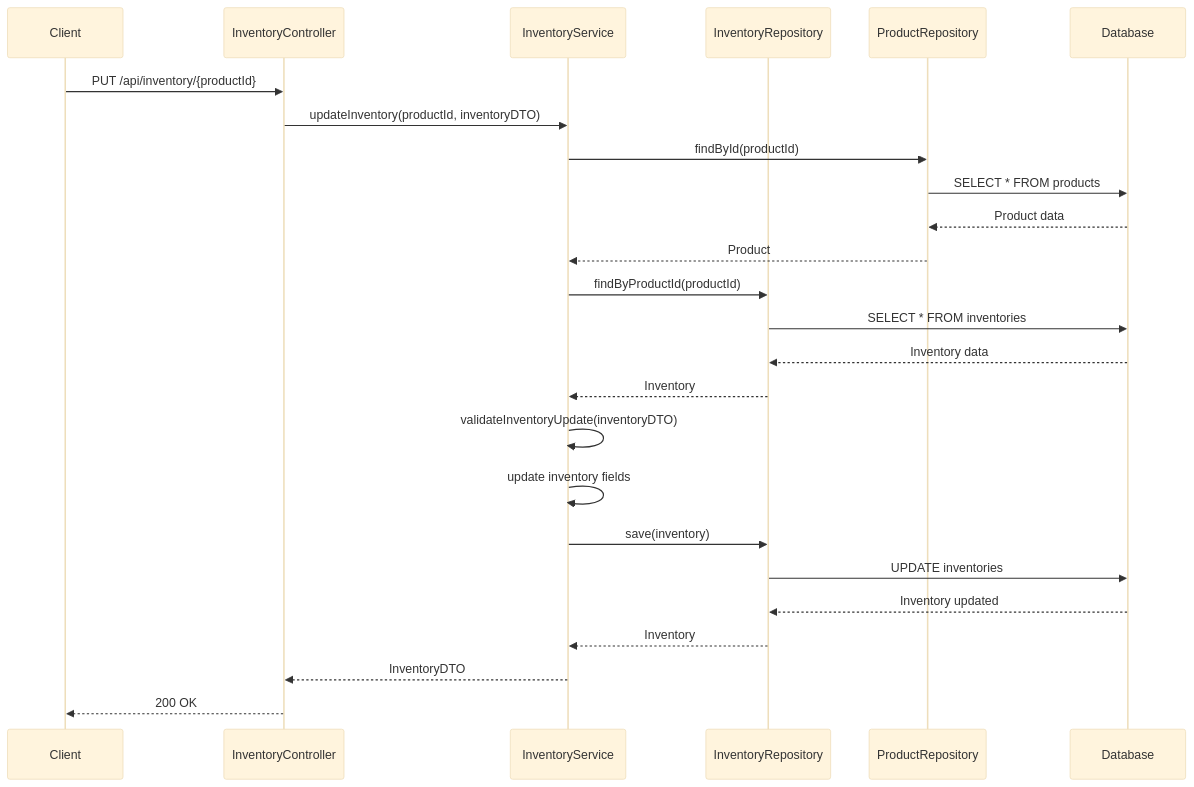
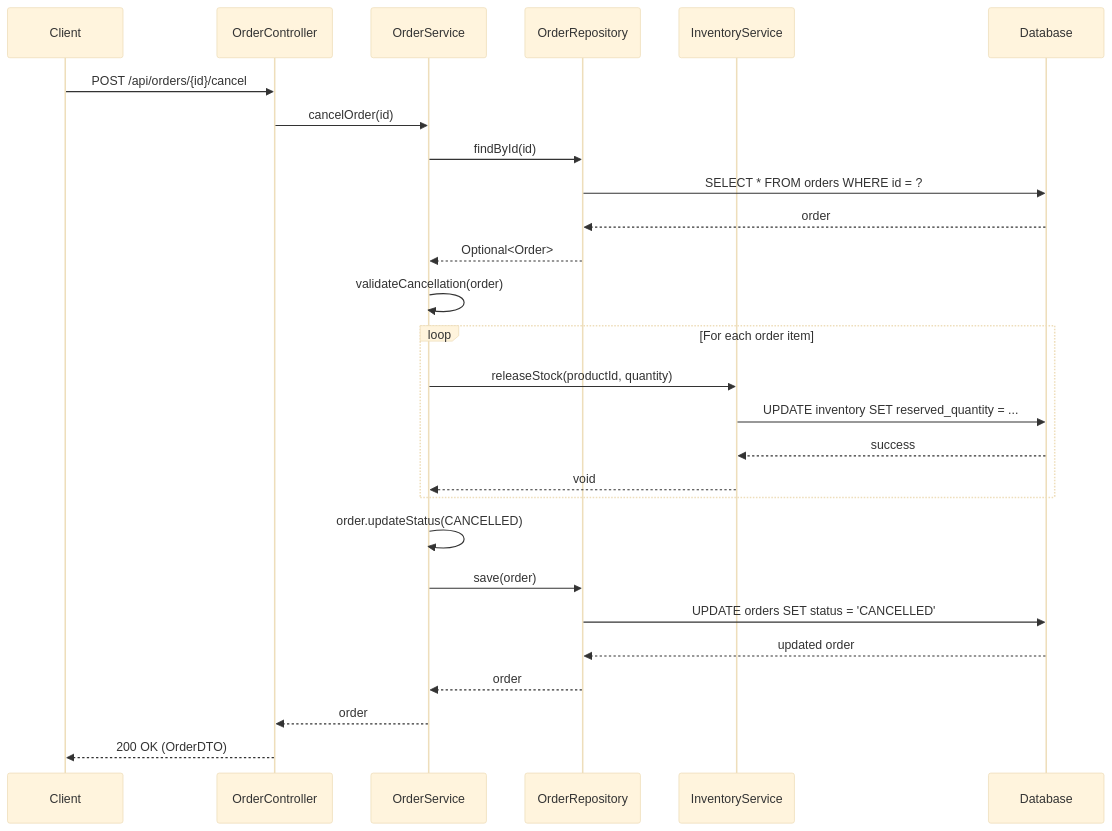
Before and after one commit to NavneetBN47/aava-ecom-demo: the ninth of 13 diagrams in docs/LLD/modified_lld.md, drawn with Mermaid (base theme). The commit also changed other lines of this file, not shown here.

````diff
--- a/docs/LLD/modified_lld.md
+++ b/docs/LLD/modified_lld.md
@@ -437,28 +480,32 @@
 ```mermaid
 sequenceDiagram
     participant Client
-    participant InventoryController
+    participant OrderController
+    participant OrderService
+    participant OrderRepository
     participant InventoryService
-    participant InventoryRepository
-    participant ProductRepository
     participant Database
 
-    Client->>InventoryController: PUT /api/inventory/{productId}
-    InventoryController->>InventoryService: updateInventory(productId, inventoryDTO)
-    InventoryService->>ProductRepository: findById(productId)
-    ProductRepository->>Database: SELECT * FROM products
-    Database-->>ProductRepository: Product data
-    ProductRepository-->>InventoryService: Product
-    InventoryService->>InventoryRepository: findByProductId(productId)
-    InventoryRepository->>Database: SELECT * FROM inventories
-    Database-->>InventoryRepository: Inventory data
-    InventoryRepository-->>InventoryService: Inventory
-    InventoryService->>InventoryService: validateInventoryUpdate(inventoryDTO)
-    InventoryService->>InventoryService: update inventory fields
-    InventoryService->>InventoryRepository: save(inventory)
-    InventoryRepository->>Database: UPDATE inventories
-    Database-->>InventoryRepository: Inventory updated
-    InventoryRepository-->>InventoryService: Inventory
-    InventoryService-->>InventoryController: InventoryDTO
-    InventoryController-->>Client: 200 OK
+    Client->>OrderController: POST /api/orders/{id}/cancel
+    OrderController->>OrderService: cancelOrder(id)
+    OrderService->>OrderRepository: findById(id)
+    OrderRepository->>Database: SELECT * FROM orders WHERE id = ?
+    Database-->>OrderRepository: order
+    OrderRepository-->>OrderService: Optional<Order>
+    OrderService->>OrderService: validateCancellation(order)
+    
+    loop For each order item
+        OrderService->>InventoryService: releaseStock(productId, quantity)
+        InventoryService->>Database: UPDATE inventory SET reserved_quantity = ...
+        Database-->>InventoryService: success
+        InventoryService-->>OrderService: void
+    end
+    
+    OrderService->>OrderService: order.updateStatus(CANCELLED)
+    OrderService->>OrderRepository: save(order)
+    OrderRepository->>Database: UPDATE orders SET status = 'CANCELLED'
+    Database-->>OrderRepository: updated order
+    OrderRepository-->>OrderService: order
+    OrderService-->>OrderController: order
+    OrderController-->>Client: 200 OK (OrderDTO)
 ```
````
